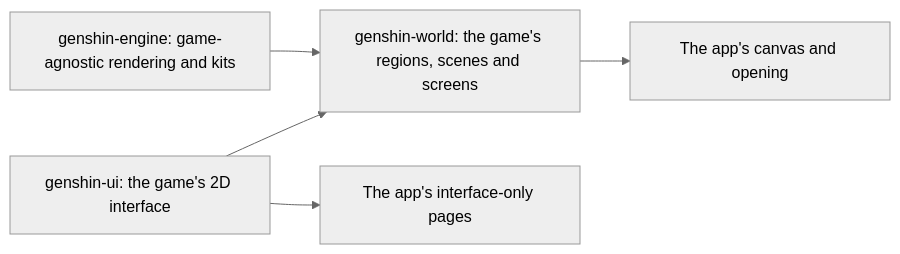
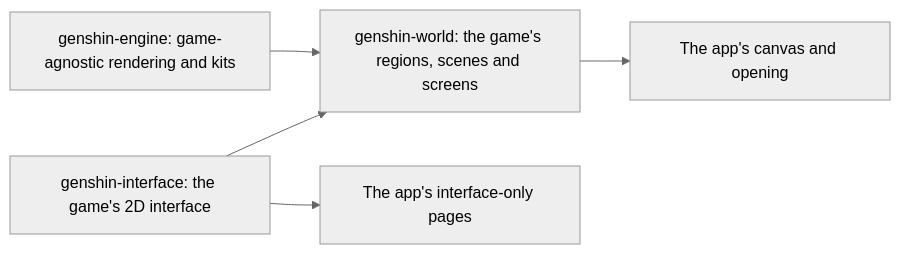
One commit to Esposter/Esposter changed the diagram in apps/web/content/docs/genshin/index.md. Above: the diagram before and after it, drawn with Mermaid (neutral theme). The commit also changed other lines of this file and 30 other files, not shown here.

First line of the commit message:
refactor(genshin-interface): point every consumer at genshin-interface

````diff
--- a/apps/web/content/docs/genshin/index.md
+++ b/apps/web/content/docs/genshin/index.md
@@ -10,7 +10,7 @@
 ```mermaid
 flowchart LR
   E[genshin-engine: game-agnostic rendering and kits] --> W[genshin-world: the game's regions, scenes and screens]
-  U[genshin-ui: the game's 2D interface] --> W
+  U[genshin-interface: the game's 2D interface] --> W
   U --> A[The app's interface-only pages]
   W --> A2[The app's canvas and opening]
 ```
````
